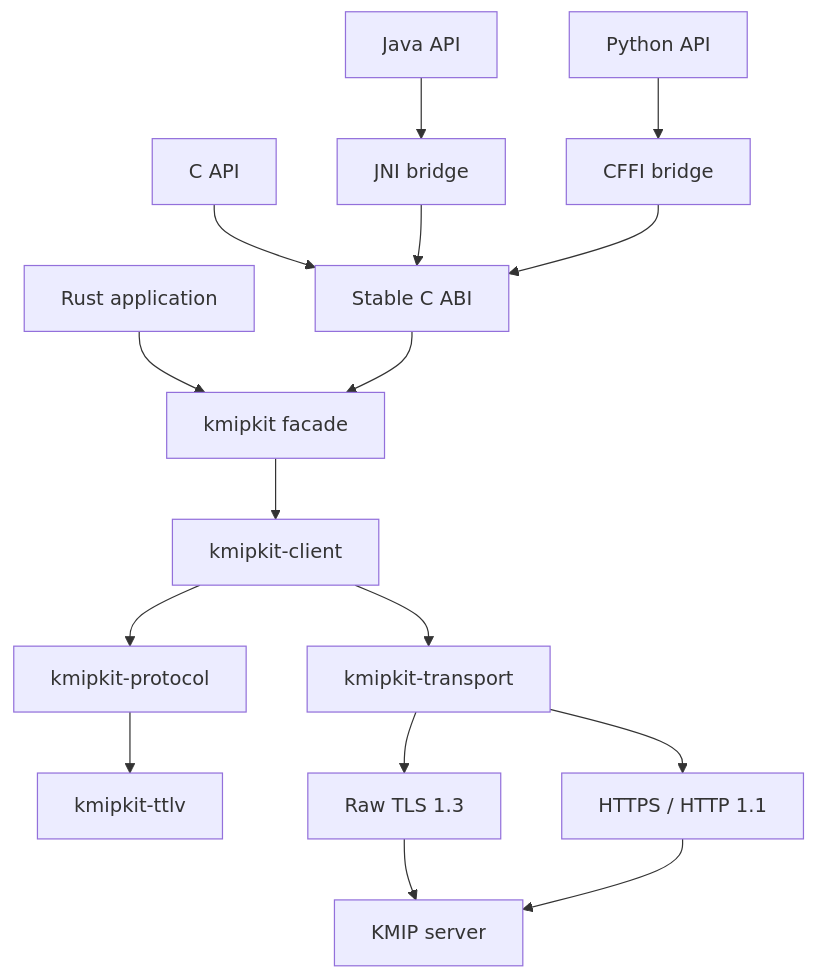
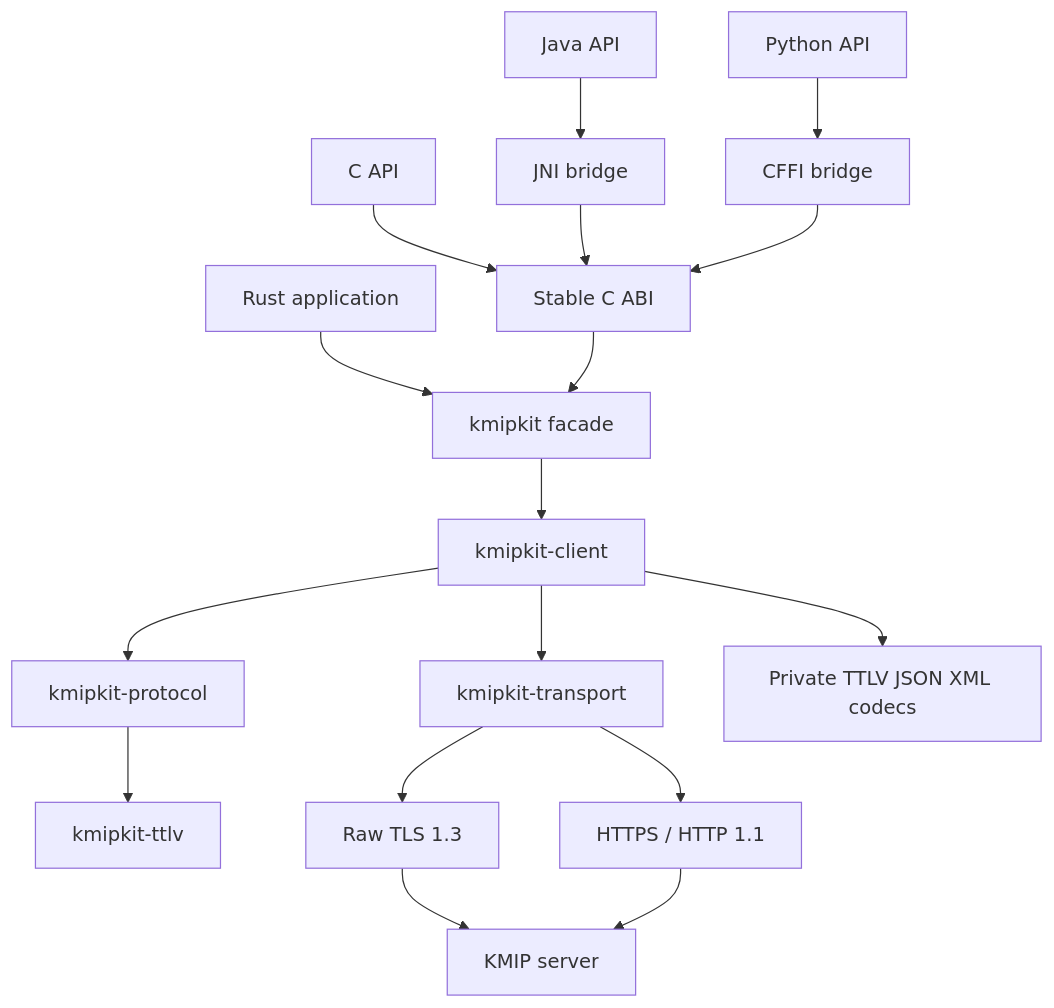
One commit to NeverWe1come/KMIPKit changed the diagram in docs/architecture/overview.md. Above: the diagram before and after it, drawn with Mermaid. The commit also changed other lines of this file and 22 other files, not shown here.

````diff
--- a/docs/architecture/overview.md
+++ b/docs/architecture/overview.md
@@ -10,18 +10,19 @@
 ```mermaid
 flowchart TB
     Java[Java API] --> JNI[JNI bridge]
     Python[Python API] --> CFFI[CFFI bridge]
     C[C API] --> ABI[Stable C ABI]
     JNI --> ABI
     CFFI --> ABI
     RustUser[Rust application] --> Facade[kmipkit facade]
     ABI --> Facade
     Facade --> Client[kmipkit-client]
     Client --> Protocol[kmipkit-protocol]
     Client --> Transport[kmipkit-transport]
+  Client --> Encoding[Private TTLV JSON XML codecs]
     Protocol --> TTLV[kmipkit-ttlv]
     Transport --> Raw[Raw TLS 1.3]
     Transport --> HTTPS[HTTPS / HTTP 1.1]
     Raw --> Server[KMIP server]
     HTTPS --> Server
 ```
````
